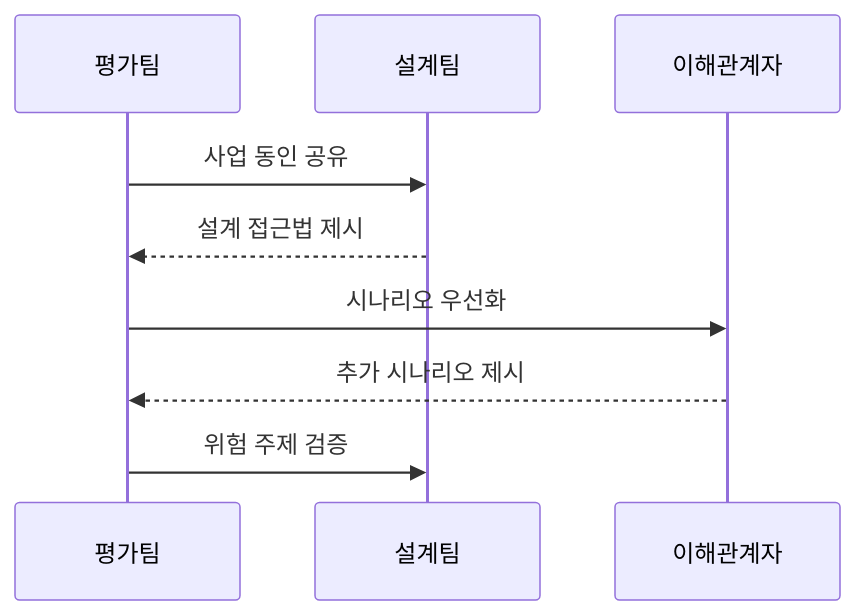
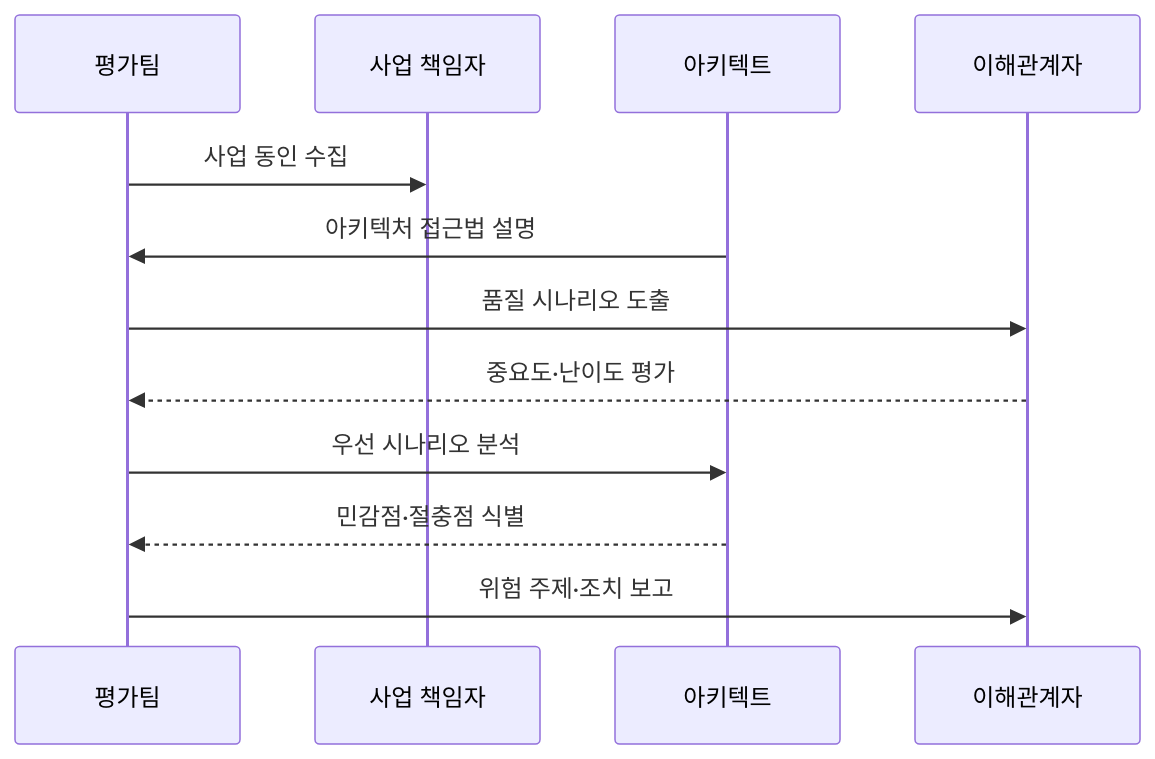
Before and after one commit to agnusdei1207/knowledge-base: the second of 2 diagrams in src/content/docs/notes/03-software/071_atam.md, drawn with Mermaid. The commit also changed other lines of this file and 7 other files, not shown here.

````diff
--- a/src/content/docs/notes/03-software/071_atam.md
+++ b/src/content/docs/notes/03-software/071_atam.md
@@ -73,11 +80,14 @@
 ```mermaid
 sequenceDiagram
-    participant T as 평가팀
-    participant A as 설계팀
+    participant E as 평가팀
+    participant B as 사업 책임자
+    participant A as 아키텍트
     participant S as 이해관계자
-    T->>A: 사업 동인 공유
-    A-->>T: 설계 접근법 제시
-    T->>S: 시나리오 우선화
-    S-->>T: 추가 시나리오 제시
-    T->>A: 위험 주제 검증
+    E->>B: 사업 동인 수집
+    A->>E: 아키텍처 접근법 설명
+    E->>S: 품질 시나리오 도출
+    S-->>E: 중요도·난이도 평가
+    E->>A: 우선 시나리오 분석
+    A-->>E: 민감점·절충점 식별
+    E->>S: 위험 주제·조치 보고
 ```
````
